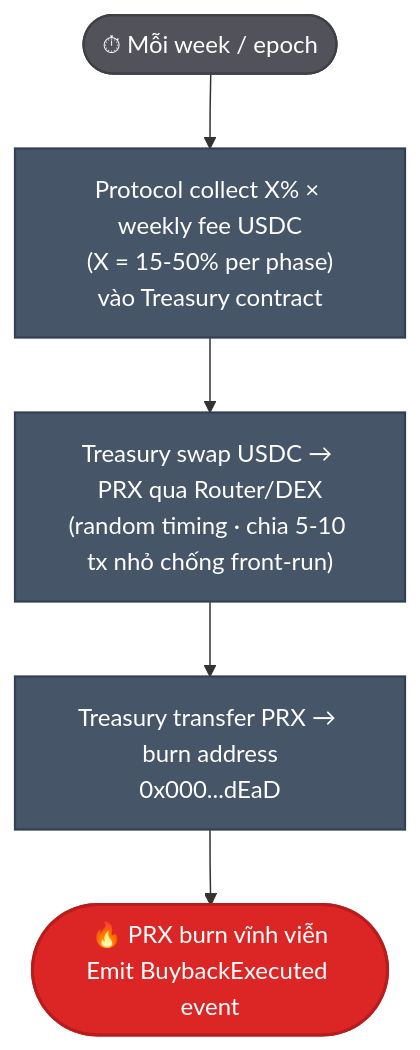
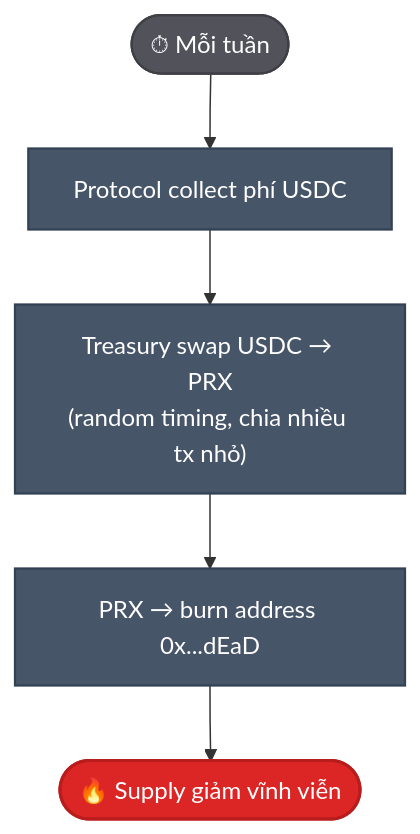
The diagram in vi_v6/kinh-te/buyback-burn.md (PrediX-Protocol/predix-docs), drawn with Mermaid before and after one commit. The commit also changed other lines of this file and 6 other files, not shown here.

````diff
--- a/vi_v6/kinh-te/buyback-burn.md
+++ b/vi_v6/kinh-te/buyback-burn.md
@@ -52,15 +7,15 @@
 ```mermaid
 flowchart TD
-    Start([⏱ Mỗi week / epoch])
-    Start --> S1["Protocol collect X% × weekly fee USDC<br/>(X = 15-50% per phase)<br/>vào Treasury contract"]
-    S1 --> S2["Treasury swap USDC → PRX qua Router/DEX<br/>(random timing · chia 5-10 tx nhỏ chống front-run)"]
-    S2 --> S3["Treasury transfer PRX → burn address<br/>0x000...dEaD"]
-    S3 --> End([🔥 PRX burn vĩnh viễn<br/>Emit BuybackExecuted event])
+    Start([⏱ Mỗi tuần])
+    Start --> S1["Protocol collect phí USDC"]
+    S1 --> S2["Treasury swap USDC → PRX<br/>(random timing, chia nhiều tx nhỏ)"]
+    S2 --> S3["PRX → burn address 0x...dEaD"]
+    S3 --> End([🔥 Supply giảm vĩnh viễn])
 
     classDef tick fill:#52525b,stroke:#3f3f46,color:#fff,stroke-width:1.5px
     classDef step fill:#475569,stroke:#334155,color:#fff,stroke-width:1.5px
     classDef burn fill:#dc2626,stroke:#b91c1c,color:#fff,stroke-width:2px
     class Start tick
     class S1,S2,S3 step
     class End burn
 ```
````
